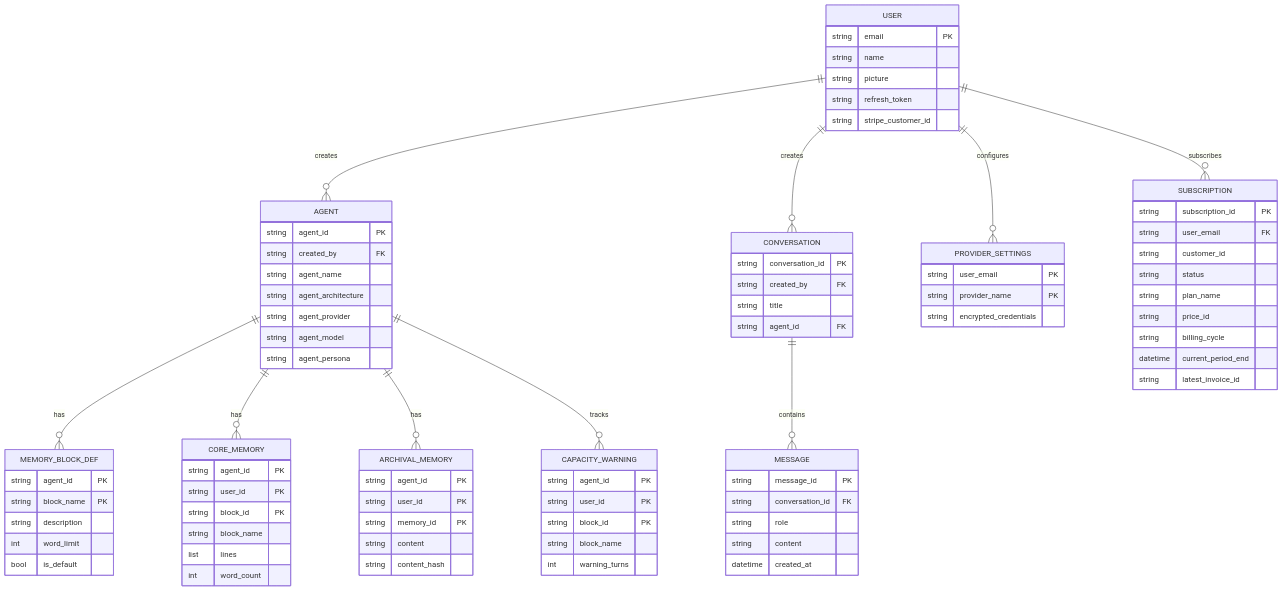
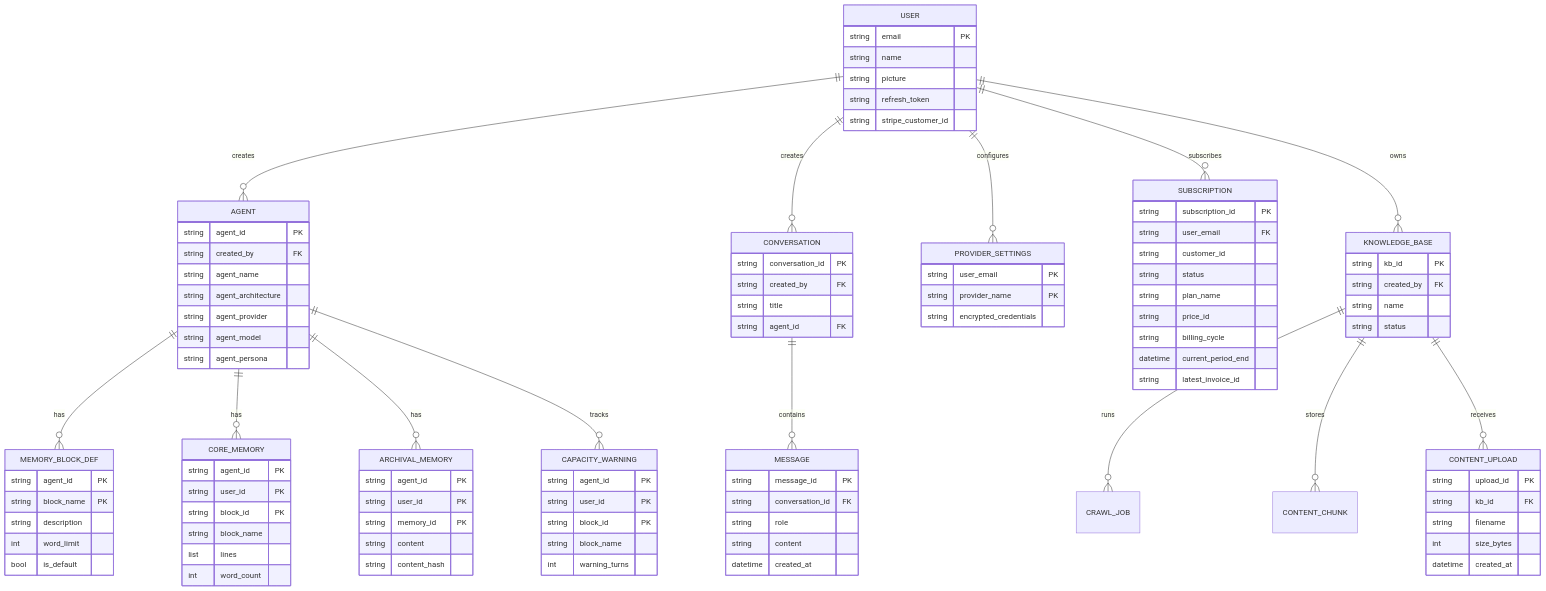
Before and after one commit to vslala/innomightlabs-dynamic-agent-builder: the first of 3 diagrams in api/README.md, drawn with Mermaid. The commit also changed other lines of this file and 22 other files, not shown here.

Commit message:
upload individual text file into the knowledge base

```diff
--- a/api/README.md
+++ b/api/README.md
@@ -86,11 +86,15 @@
     USER ||--o{ CONVERSATION : creates
     USER ||--o{ PROVIDER_SETTINGS : configures
     USER ||--o{ SUBSCRIPTION : subscribes
+    USER ||--o{ KNOWLEDGE_BASE : owns
     AGENT ||--o{ MEMORY_BLOCK_DEF : has
     AGENT ||--o{ CORE_MEMORY : has
     AGENT ||--o{ ARCHIVAL_MEMORY : has
     AGENT ||--o{ CAPACITY_WARNING : tracks
     CONVERSATION ||--o{ MESSAGE : contains
+    KNOWLEDGE_BASE ||--o{ CRAWL_JOB : runs
+    KNOWLEDGE_BASE ||--o{ CONTENT_CHUNK : stores
+    KNOWLEDGE_BASE ||--o{ CONTENT_UPLOAD : receives
 
     USER {
         string email PK
@@ -143,6 +147,21 @@
         datetime created_at
     }
 
+    KNOWLEDGE_BASE {
+        string kb_id PK
+        string created_by FK
+        string name
+        string status
+    }
+
+    CONTENT_UPLOAD {
+        string upload_id PK
+        string kb_id FK
+        string filename
+        int size_bytes
+        datetime created_at
+    }
+
     MEMORY_BLOCK_DEF {
         string agent_id PK
         string block_name PK
```
